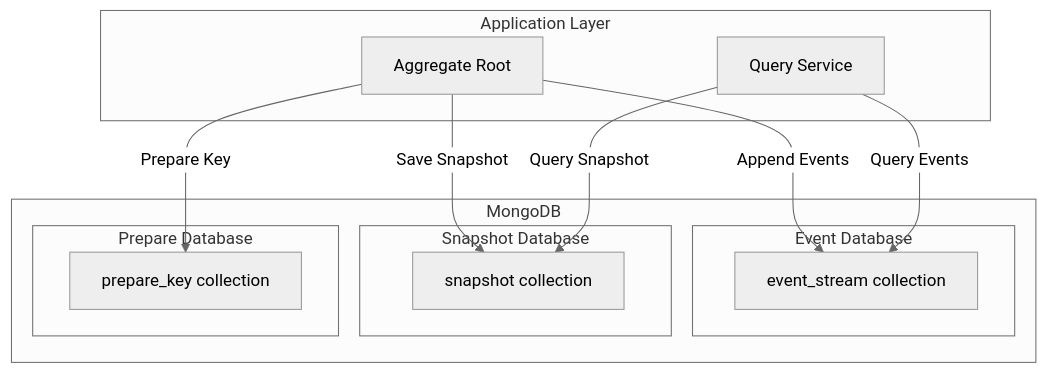
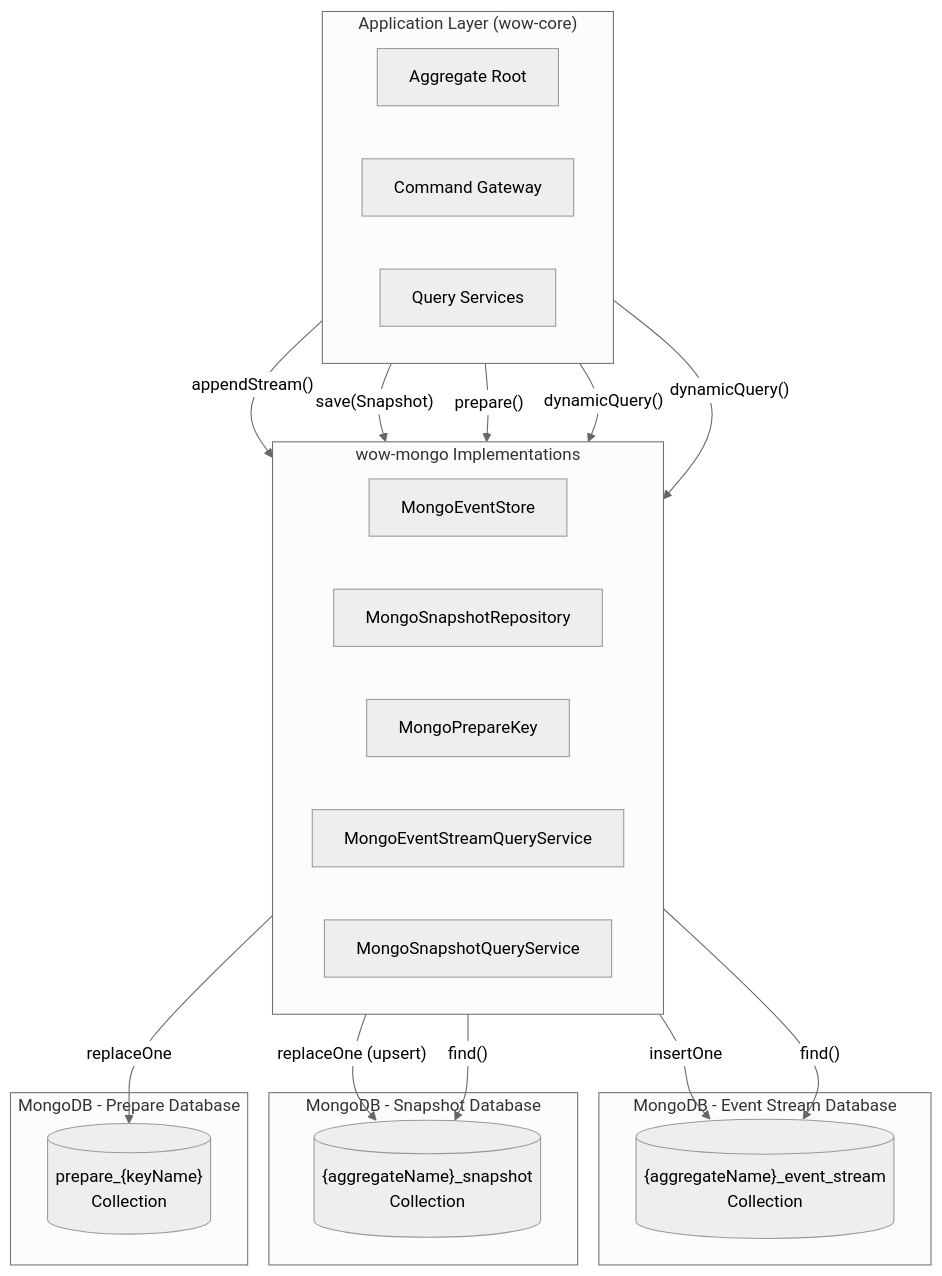
The first of 3 diagrams in documentation/docs/en/guide/extensions/mongo.md (Ahoo-Wang/Wow), drawn with Mermaid (neutral theme) before and after one commit. The commit also changed other lines of this file and 79 other files, not shown here.

First line of the commit message:
docs: restructure documentation into three-layer progressive architecture

````diff
--- a/documentation/docs/en/guide/extensions/mongo.md
+++ b/documentation/docs/en/guide/extensions/mongo.md
@@ -18,26 +20,41 @@
 ```mermaid
-flowchart TB
-    subgraph Application["Application Layer"]
-        AR[Aggregate Root]
-        QS[Query Service]
+graph TB
+    subgraph App["Application Layer (wow-core)"]
+        direction LR
+        AR["Aggregate Root"]
+        CM["Command Gateway"]
+        QS["Query Services"]
     end
-    
-    subgraph Mongo["MongoDB"]
-        subgraph EventDB["Event Database"]
-            ES["event_stream collection"]
-        end
-        subgraph SnapshotDB["Snapshot Database"]
-            SS["snapshot collection"]
-        end
-        subgraph PrepareDB["Prepare Database"]
-            PK["prepare_key collection"]
-        end
+
+    subgraph MongoEvent["MongoDB - Event Stream Database"]
+        ESColl[("{aggregateName}_event_stream<br>Collection")]
     end
-    
-    AR -->|Append Events| ES
-    AR -->|Save Snapshot| SS
-    AR -->|Prepare Key| PK
-    QS -->|Query Snapshot| SS
-    QS -->|Query Events| ES
 
+    subgraph MongoSnap["MongoDB - Snapshot Database"]
+        SSCol[("{aggregateName}_snapshot<br>Collection")]
+    end
+
+    subgraph MongoPrep["MongoDB - Prepare Database"]
+        PKCol[("prepare_{keyName}<br>Collection")]
+    end
+
+    subgraph Impl["wow-mongo Implementations"]
+        direction LR
+        MES["MongoEventStore"]
+        MSR["MongoSnapshotRepository"]
+        MPK["MongoPrepareKey"]
+        MESQ["MongoEventStreamQueryService"]
+        MSQS["MongoSnapshotQueryService"]
+    end
+
+    AR -->|"appendStream()"| MES
+    MES -->|"insertOne"| ESColl
+    AR -->|"save(Snapshot)"| MSR
+    MSR -->|"replaceOne (upsert)"| SSCol
+    CM -->|"prepare()"| MPK
+    MPK -->|"replaceOne"| PKCol
+    QS -->|"dynamicQuery()"| MESQ
+    MESQ -->|"find()"| ESColl
+    QS -->|"dynamicQuery()"| MSQS
+    MSQS -->|"find()"| SSCol
 ```
````
